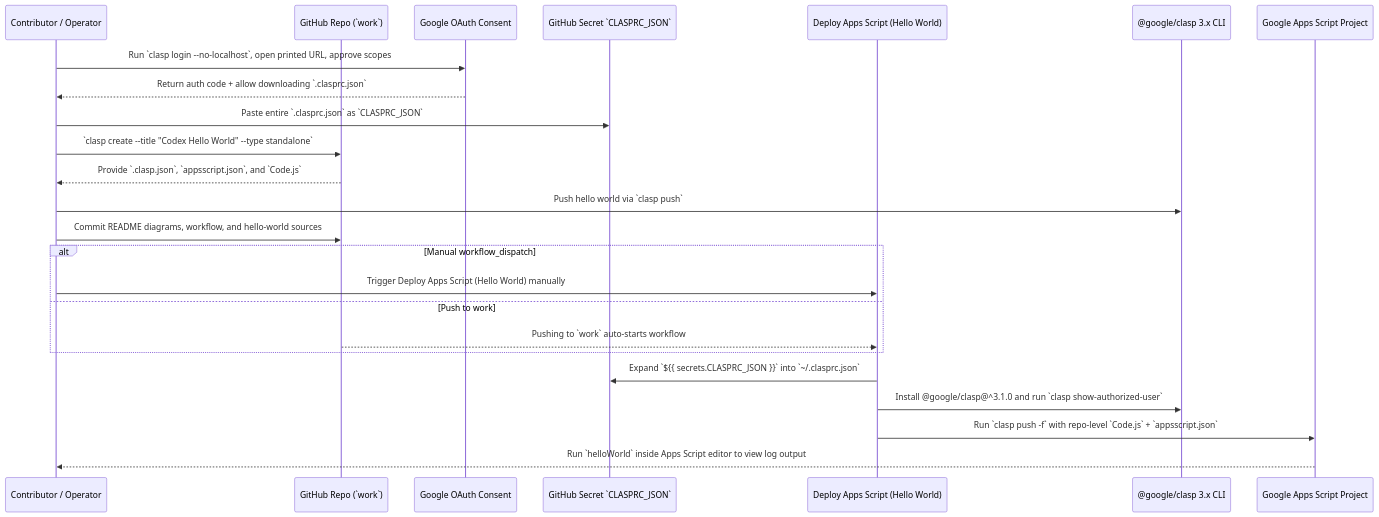
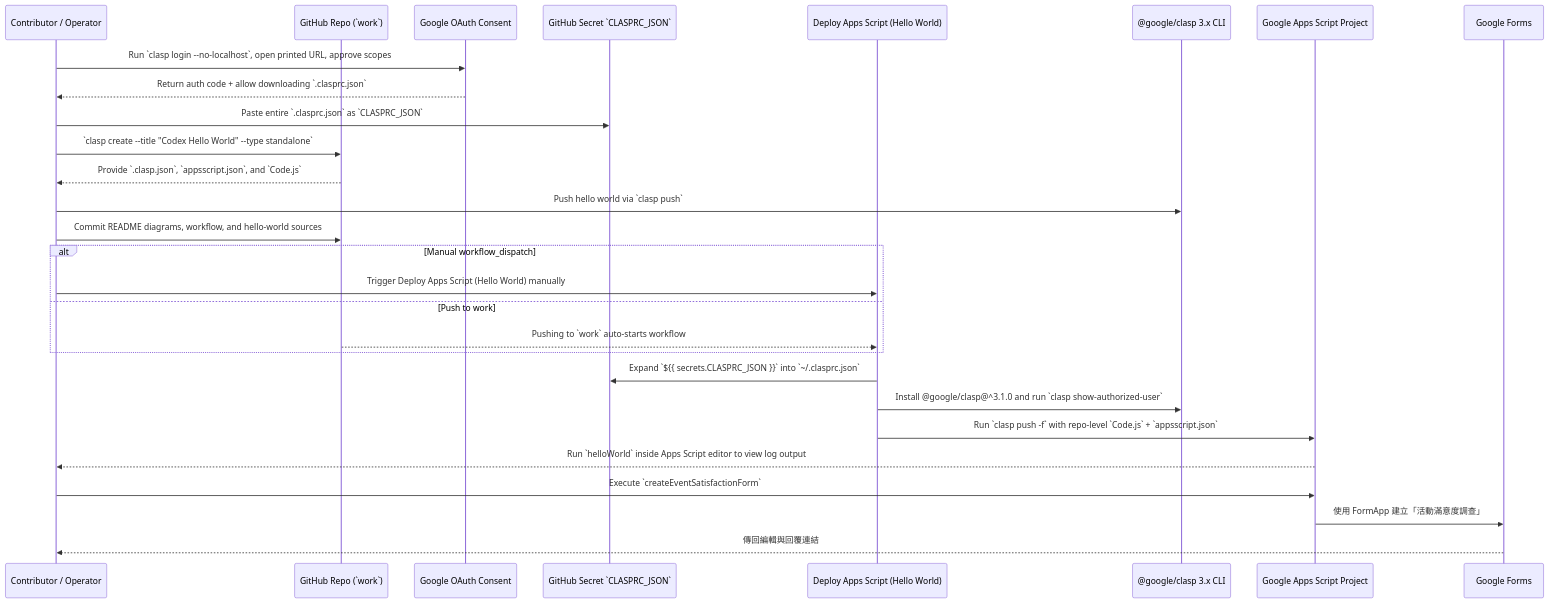
The third of 5 diagrams in README.md (muyueh/test-clasp), drawn with Mermaid before and after one commit. The commit also changed other lines of this file and 1 other file, not shown here.

Commit message:
feat: create event satisfaction form

````diff
--- a/README.md
+++ b/README.md
@@ -68,26 +74,30 @@
 ```mermaid
 sequenceDiagram
     participant User as Contributor / Operator
     participant Repo as GitHub Repo (`work`)
     participant OAuth as Google OAuth Consent
     participant Secrets as GitHub Secret `CLASPRC_JSON`
     participant CI as Deploy Apps Script (Hello World)
     participant Clasp as @google/clasp 3.x CLI
     participant GAS as Google Apps Script Project
+    participant Forms as Google Forms
     User->>OAuth: Run `clasp login --no-localhost`, open printed URL, approve scopes
     OAuth-->>User: Return auth code + allow downloading `.clasprc.json`
     User->>Secrets: Paste entire `.clasprc.json` as `CLASPRC_JSON`
     User->>Repo: `clasp create --title "Codex Hello World" --type standalone`
     Repo-->>User: Provide `.clasp.json`, `appsscript.json`, and `Code.js`
     User->>Clasp: Push hello world via `clasp push`
     User->>Repo: Commit README diagrams, workflow, and hello-world sources
     alt Manual workflow_dispatch
         User->>CI: Trigger Deploy Apps Script (Hello World) manually
     else Push to work
         Repo-->>CI: Pushing to `work` auto-starts workflow
     end
     CI->>Secrets: Expand `${{ secrets.CLASPRC_JSON }}` into `~/.clasprc.json`
     CI->>Clasp: Install @google/clasp@^3.1.0 and run `clasp show-authorized-user`
     CI->>GAS: Run `clasp push -f` with repo-level `Code.js` + `appsscript.json`
     GAS-->>User: Run `helloWorld` inside Apps Script editor to view log output
+    User->>GAS: Execute `createEventSatisfactionForm`
+    GAS->>Forms: 使用 FormApp 建立「活動滿意度調查」
+    Forms-->>User: 傳回編輯與回覆連結
 ```
````
